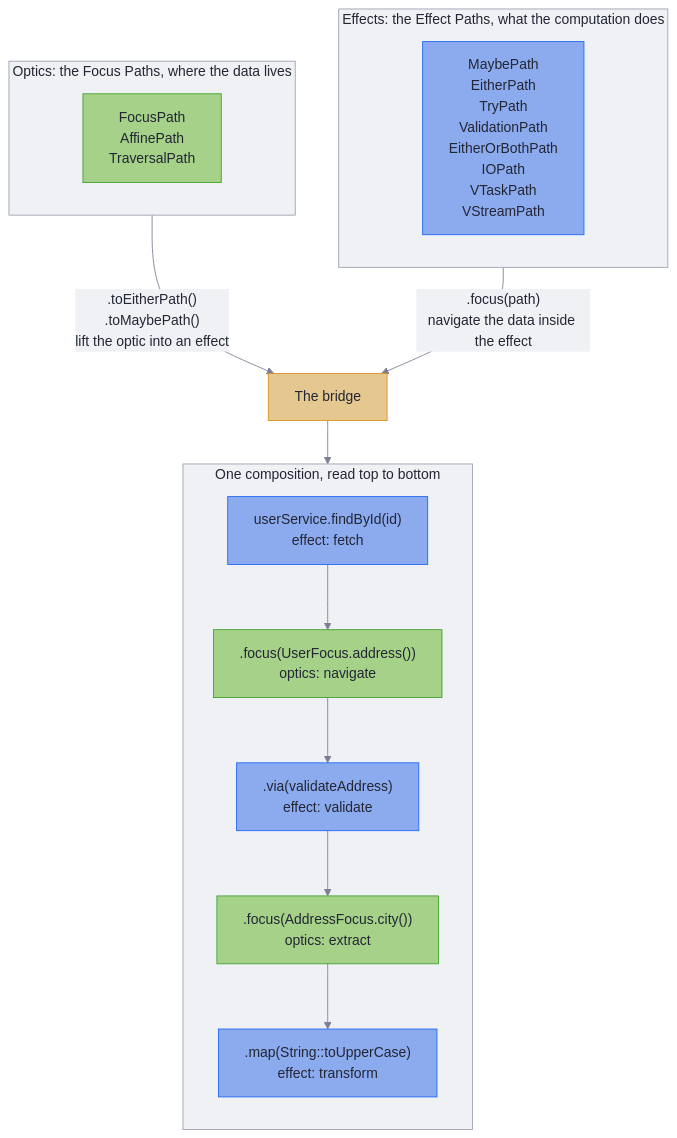
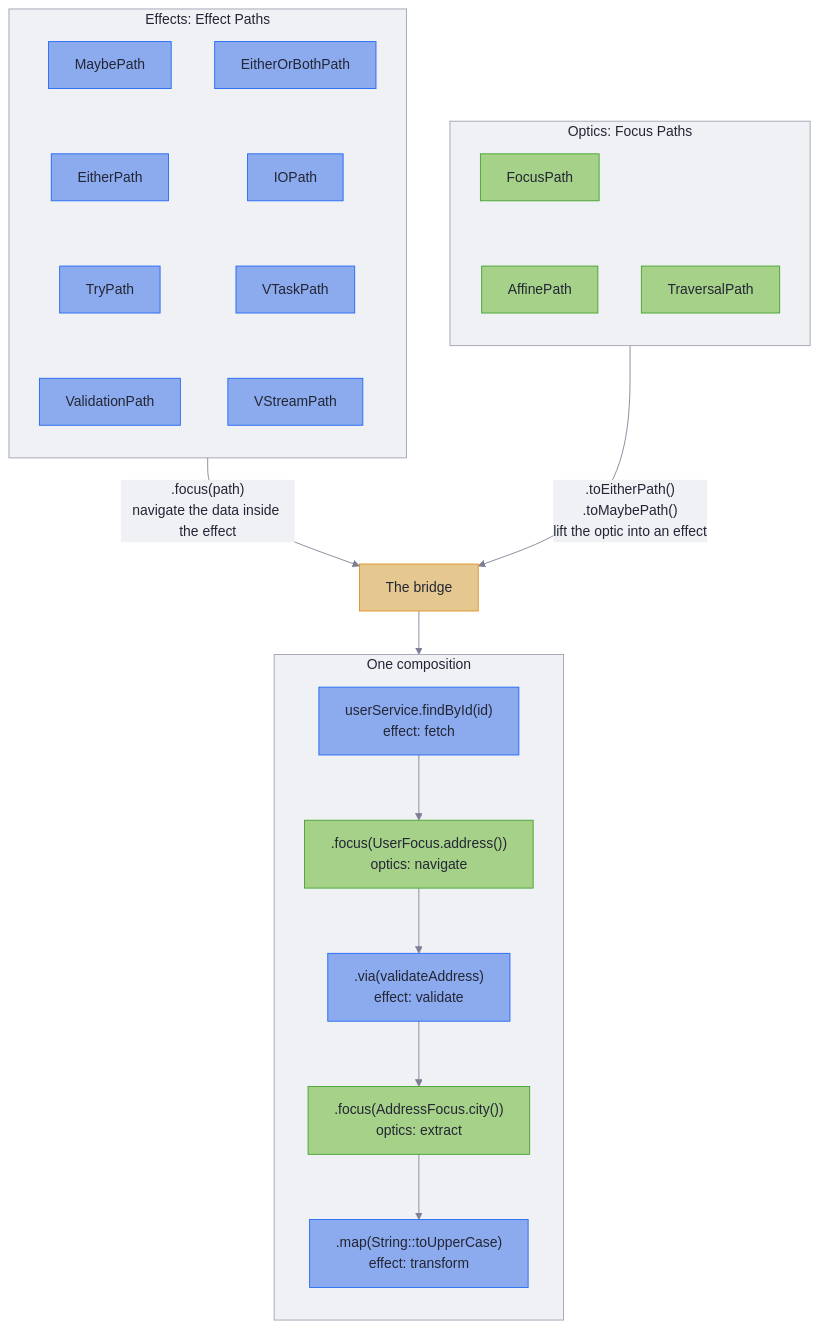
Before and after one commit to higher-kinded-j/higher-kinded-j: the first of 2 diagrams in README.md, drawn with Mermaid. The commit also changed other lines of this file and 1 other file, not shown here.

Commit message:
Bridge diagram: one box per path, titles that fit their panels
A subgraph title does not widen its panel, so the long domain titles
were clipped at the edges; they are now short, and the glosses move to
the sentence above the diagram. Each path is its own box, stacked in
columns with invisible links, so the names sit in boxes rather than as
centred text inside one box, and the panels are wide enough for their
titles.

````diff
--- a/README.md
+++ b/README.md
@@ -134,29 +134,31 @@
 ```mermaid
 %%{init: {'theme': 'base', 'themeVariables': {'primaryColor': '#8caaee', 'primaryTextColor': '#232634', 'primaryBorderColor': '#1e66f5', 'lineColor': '#7c7f93', 'textColor': '#232634', 'titleColor': '#232634', 'edgeLabelBackground': '#eff1f5', 'clusterBkg': '#eff1f5', 'clusterBorder': '#9ca0b0', 'fontFamily': 'inherit'}}}%%
 flowchart TB
-    subgraph effects["Effects: the Effect Paths, what the computation does"]
+    subgraph effects["Effects: Effect Paths"]
         direction TB
-        E["MaybePath<br/>EitherPath<br/>TryPath<br/>ValidationPath<br/>EitherOrBothPath<br/>IOPath<br/>VTaskPath<br/>VStreamPath"]
+        E1["MaybePath"] ~~~ E2["EitherPath"] ~~~ E3["TryPath"] ~~~ E4["ValidationPath"]
+        E5["EitherOrBothPath"] ~~~ E6["IOPath"] ~~~ E7["VTaskPath"] ~~~ E8["VStreamPath"]
     end
-    subgraph optics["Optics: the Focus Paths, where the data lives"]
+    subgraph optics["Optics: Focus Paths"]
         direction TB
-        O["FocusPath<br/>AffinePath<br/>TraversalPath"]
+        O1["FocusPath"] ~~~ O2["AffinePath"]
+        O3["TraversalPath"]
     end
-    E -->|".focus(path)<br/>navigate the data inside the effect"| B["The bridge"]
-    O -->|".toEitherPath()<br/>.toMaybePath()<br/>lift the optic into an effect"| B
-    subgraph one["One composition, read top to bottom"]
+    effects -->|".focus(path)<br/>navigate the data inside the effect"| B["The bridge"]
+    optics -->|".toEitherPath()<br/>.toMaybePath()<br/>lift the optic into an effect"| B
+    subgraph one["One composition"]
         direction TB
         S1["userService.findById(id)<br/>effect: fetch"] --> S2[".focus(UserFocus.address())<br/>optics: navigate"]
         S2 --> S3[".via(validateAddress)<br/>effect: validate"]
         S3 --> S4[".focus(AddressFocus.city())<br/>optics: extract"]
         S4 --> S5[".map(String::toUpperCase)<br/>effect: transform"]
     end
     B --> S1
 
     classDef effect fill:#8caaee,stroke:#1e66f5,color:#232634
     classDef optic fill:#a6d189,stroke:#40a02b,color:#232634
     classDef bridge fill:#e5c890,stroke:#df8e1d,color:#232634
-    class E,S1,S3,S5 effect
-    class O,S2,S4 optic
+    class E1,E2,E3,E4,E5,E6,E7,E8,S1,S3,S5 effect
+    class O1,O2,O3,S2,S4 optic
     class B bridge
 ```
````
